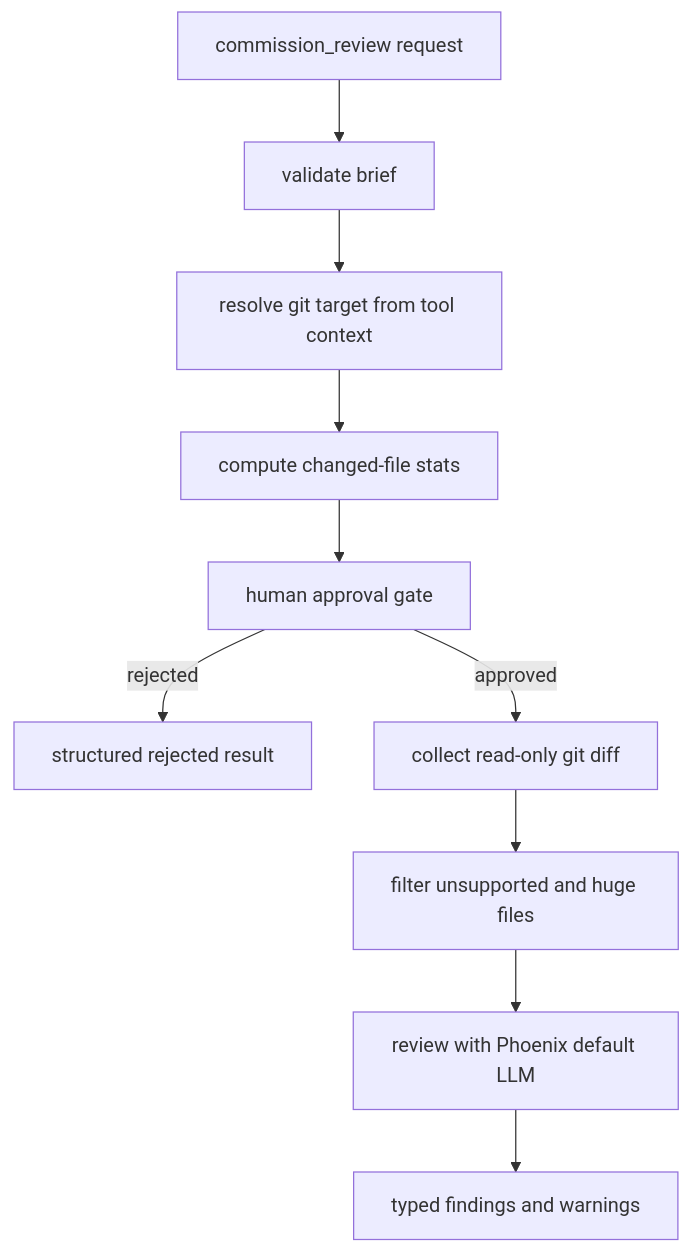
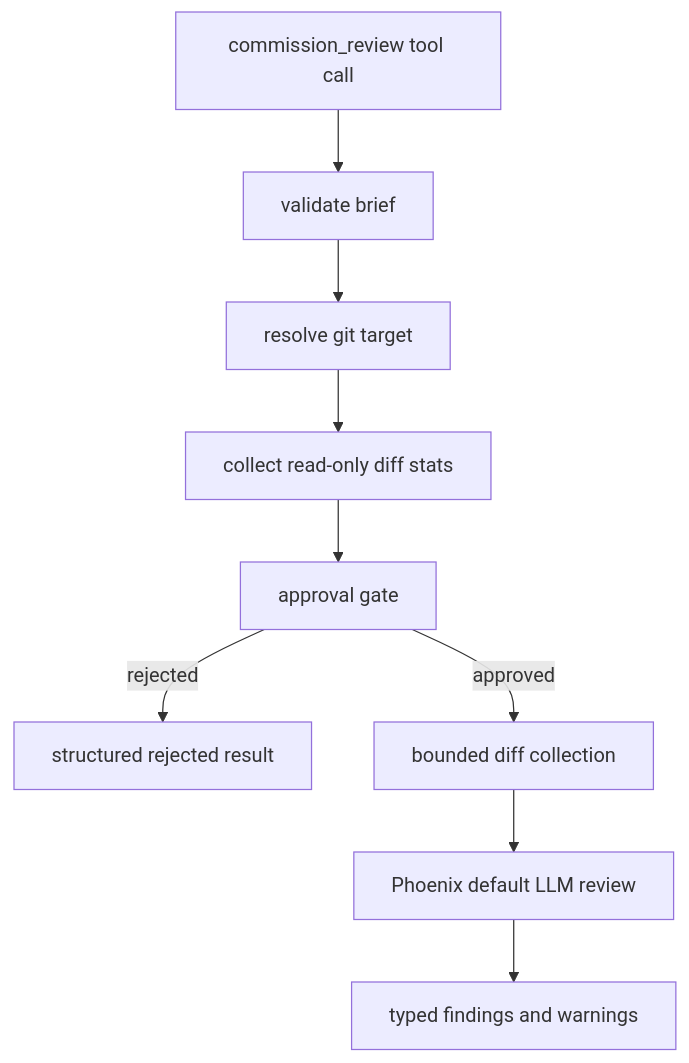
The diagram in specs/commission-review/design.md (scottopell/phoenix-ide), drawn with Mermaid before and after one commit. The commit also changed other lines of this file and 2 other files, not shown here.

Commit message:
docs: refine commission review specs

````diff
--- a/specs/commission-review/design.md
+++ b/specs/commission-review/design.md
@@ -5,12 +14,11 @@
 ```mermaid
 flowchart TD
-  A[commission_review request] --> B[validate brief]
-  B --> C[resolve git target from tool context]
-  C --> D[compute changed-file stats]
-  D --> E[human approval gate]
+  A[commission_review tool call] --> B[validate brief]
+  B --> C[resolve git target]
+  C --> D[collect read-only diff stats]
+  D --> E[approval gate]
   E -->|rejected| F[structured rejected result]
-  E -->|approved| G[collect read-only git diff]
-  G --> H[filter unsupported and huge files]
-  H --> I[review with Phoenix default LLM]
-  I --> J[typed findings and warnings]
+  E -->|approved| G[bounded diff collection]
+  G --> H[Phoenix default LLM review]
+  H --> I[typed findings and warnings]
 ```
````
